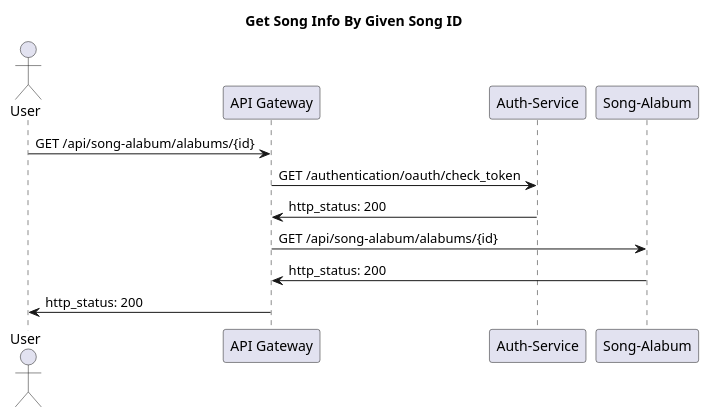
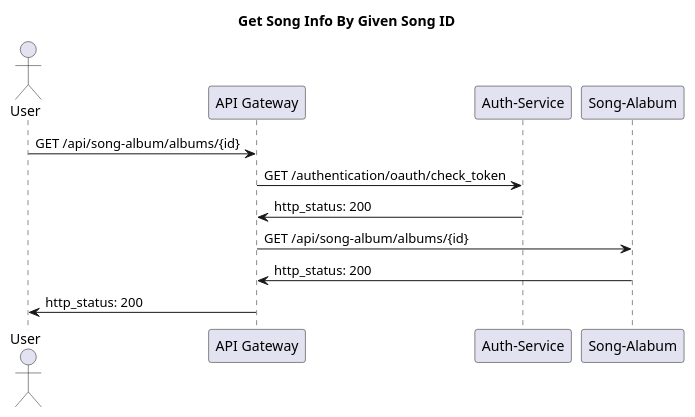
One commit to PheaSoy/java-microservice-completed-solution changed the diagram in sequence-diagram/get-song-alabum-info.wsd. Above: the diagram before and after it, drawn with PlantUML. The commit also changed 59 other files, not shown here.

Commit message:
Changed sequence diagram name and create repos for song-album

```diff
--- a/sequence-diagram/get-song-alabum-info.wsd
+++ b/sequence-diagram/get-song-alabum-info.wsd
@@ -1,15 +1,15 @@
 @startuml
     title : Get Song Info By Given Song ID
     actor "User" as user
     participant "API Gateway" as api_gw
     participant "Auth-Service" as auth
     participant "Song-Alabum" as song_alabum
 
-    user -> api_gw: GET /api/song-alabum/alabums/{id}
+    user -> api_gw: GET /api/song-album/albums/{id}
     api_gw -> auth: GET /authentication/oauth/check_token
     api_gw <- auth: http_status: 200
-    api_gw -> song_alabum: GET /api/song-alabum/alabums/{id}
+    api_gw -> song_alabum: GET /api/song-album/albums/{id}
     api_gw <- song_alabum: http_status: 200
     user <- api_gw: http_status: 200
     
 @enduml
```
